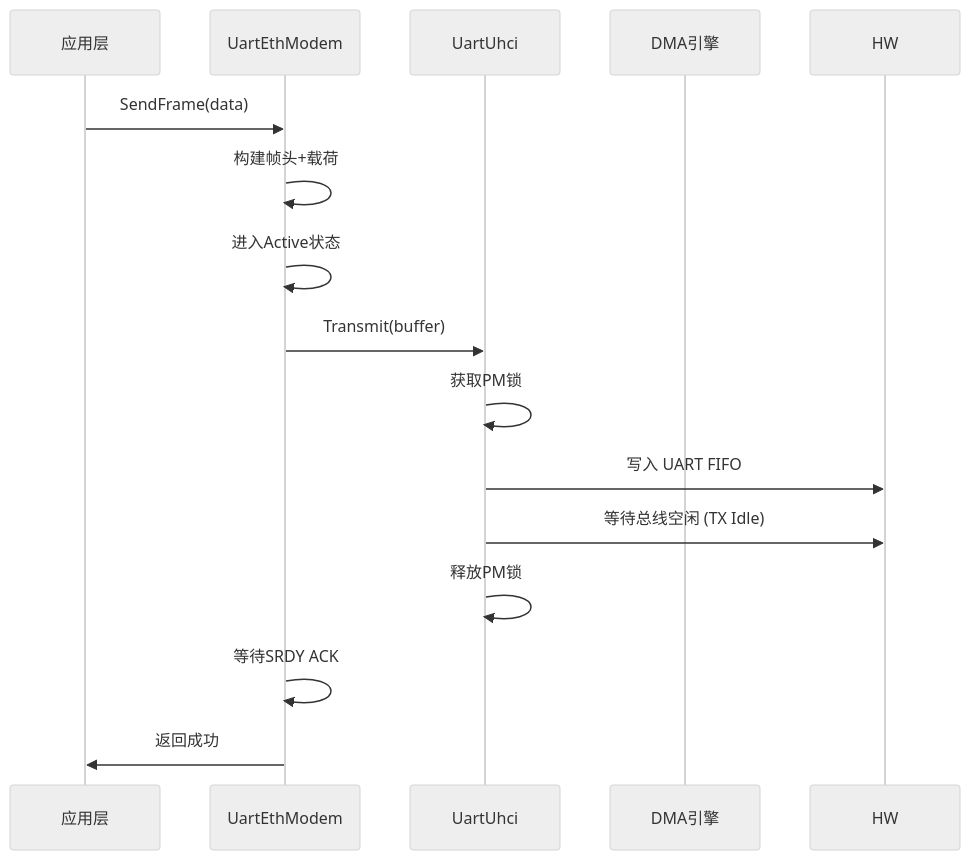
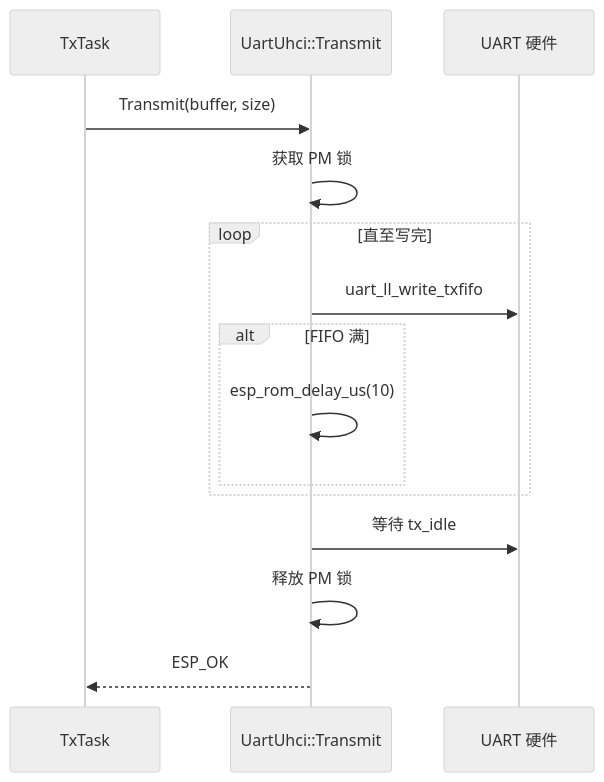
Before and after one commit to 78/uart-eth-modem: the eighth of 22 diagrams in WORKING_PRINCIPLE.md, drawn with Mermaid (neutral theme). The commit also changed other lines of this file and 2 other files, not shown here.

````diff
--- a/WORKING_PRINCIPLE.md
+++ b/WORKING_PRINCIPLE.md
@@ -311,20 +307,18 @@
 ```mermaid
 sequenceDiagram
-    participant APP as 应用层
-    participant MODEM as UartEthModem
-    participant UHCI as UartUhci
-    participant DMA as DMA引擎
-    
-    APP->>MODEM: SendFrame(data)
-    MODEM->>MODEM: 构建帧头+载荷
-    MODEM->>MODEM: 进入Active状态
-    MODEM->>UHCI: Transmit(buffer)
-    
-    UHCI->>UHCI: 获取PM锁
-    UHCI->>HW: 写入 UART FIFO
-    UHCI->>HW: 等待总线空闲 (TX Idle)
-    UHCI->>UHCI: 释放PM锁
-    
-    MODEM->>MODEM: 等待SRDY ACK
-    MODEM->>APP: 返回成功
+    participant TX as TxTask
+    participant UHCI as UartUhci::Transmit
+    participant HW as UART 硬件
+
+    TX->>UHCI: Transmit(buffer, size)
+    UHCI->>UHCI: 获取 PM 锁
+    loop 直至写完
+        UHCI->>HW: uart_ll_write_txfifo
+        alt FIFO 满
+            UHCI->>UHCI: esp_rom_delay_us(10)
+        end
+    end
+    UHCI->>HW: 等待 tx_idle
+    UHCI->>UHCI: 释放 PM 锁
+    UHCI-->>TX: ESP_OK
 ```
````
